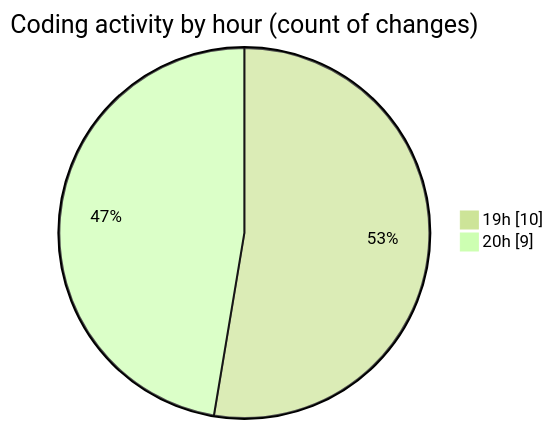
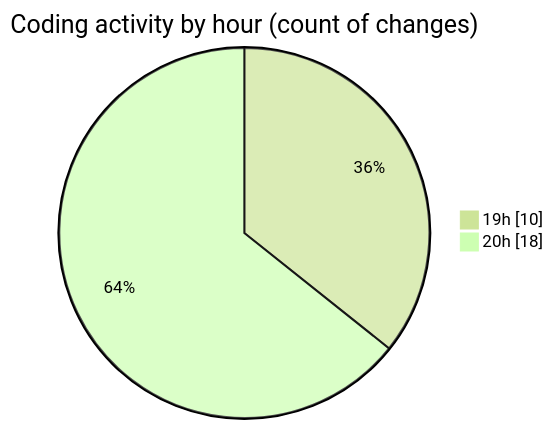
Before and after one commit to lephambinh05/code-tracking: the second of 2 diagrams in 2025-07-15/eduwallet-main/README.md, drawn with Mermaid (forest theme). The commit also changed other lines of this file and 1 other file, not shown here.

````diff
--- a/2025-07-15/eduwallet-main/README.md
+++ b/2025-07-15/eduwallet-main/README.md
@@ -40,6 +42,6 @@
 ```mermaid
 pie showData
 title Coding activity by hour (count of changes)
 "19h" : 10
-"20h" : 9
+"20h" : 18
 ```
````
